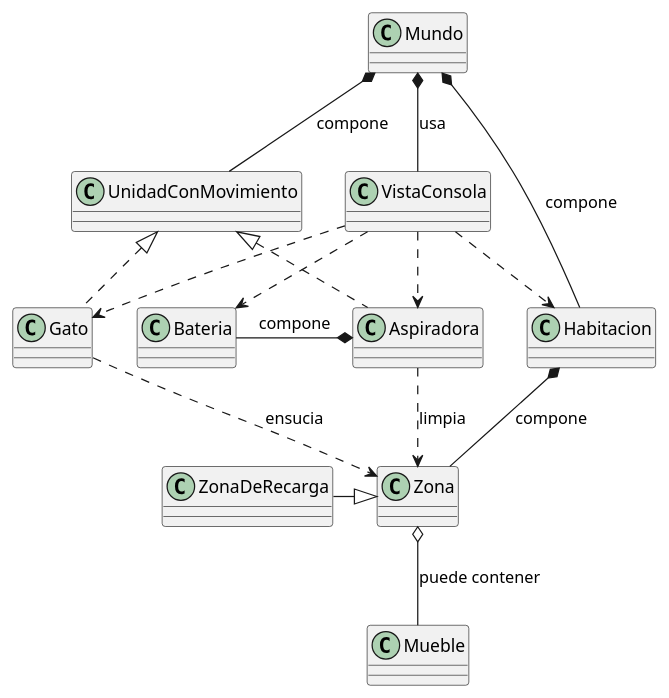
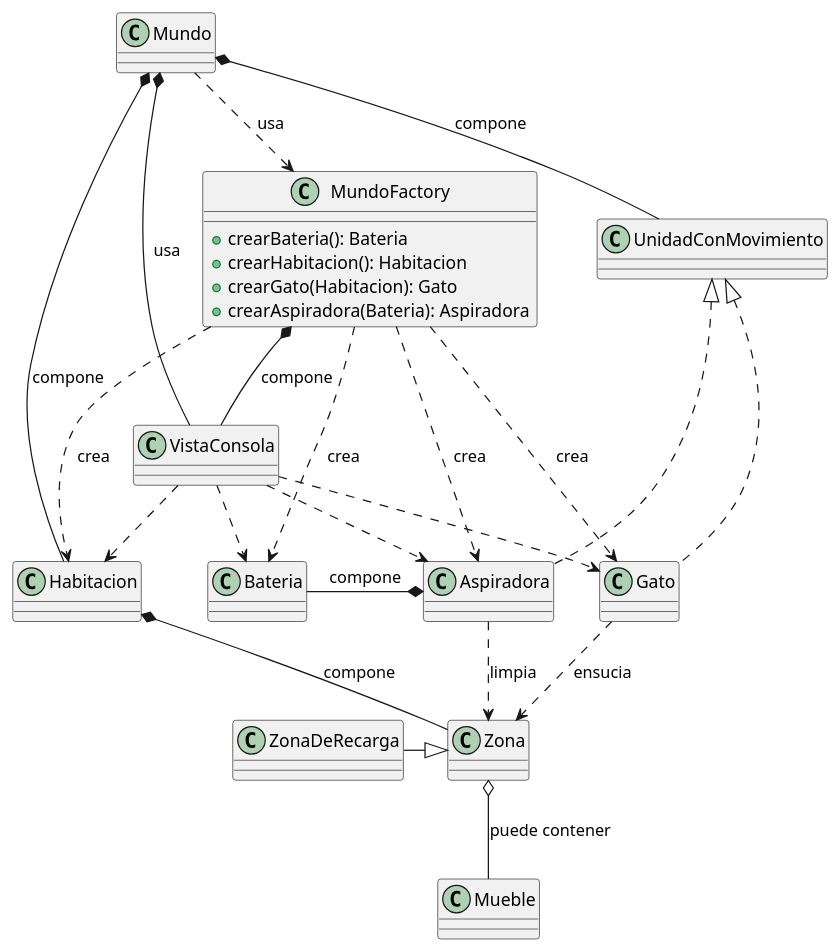
Before and after one commit to mmasias/24-25-IdSw2-SDD: the diagram in modelosUML/DiagramaClases.puml, drawn with PlantUML. The commit also changed 1 other file, not shown here.

Commit message:
docs: add badges to README and format UML diagram

```diff
--- a/modelosUML/DiagramaClases.puml
+++ b/modelosUML/DiagramaClases.puml
@@ -1,55 +1,61 @@
 @startuml
 
-class Mundo{
+class Mundo {
+}
 
+class MundoFactory {
+    + crearBateria(): Bateria
+    + crearHabitacion(): Habitacion
+    + crearGato(Habitacion): Gato
+    + crearAspiradora(Bateria): Aspiradora
 }
 
 class Aspiradora {
-
 }
 
 class Gato {
-
 }
 
 class Habitacion {
-
 }
 
 class Zona {
-
 }
 
 class Mueble {
-
 }
 
 class ZonaDeRecarga {
-
 }
 
-
 class Bateria {
-
 }
 
 class VistaConsola {
-
 }
 
 Mundo *-- Habitacion : compone
 Aspiradora *-l- Bateria : compone
 Mundo *-- UnidadConMovimiento : compone
 Habitacion *-d- Zona : compone
 Zona o-- Mueble : puede contener
 ZonaDeRecarga -|> Zona
 Aspiradora ..> Zona : limpia
 Gato ..> Zona : ensucia
 VistaConsola ..> Aspiradora
 VistaConsola ..> Bateria
 VistaConsola ..> Habitacion
 VistaConsola ..> Gato
 Mundo *-- VistaConsola : usa
 Aspiradora .u.|> UnidadConMovimiento
 Gato .u.|> UnidadConMovimiento
+
+' Nuevas relaciones para MundoFactory
+Mundo ..> MundoFactory : usa
+MundoFactory ..> Aspiradora : crea
+MundoFactory ..> Bateria : crea
+MundoFactory ..> Habitacion : crea
+MundoFactory ..> Gato : crea
+MundoFactory *-- VistaConsola : compone
+
 @enduml
```
